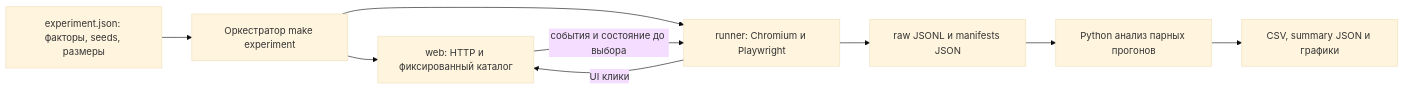
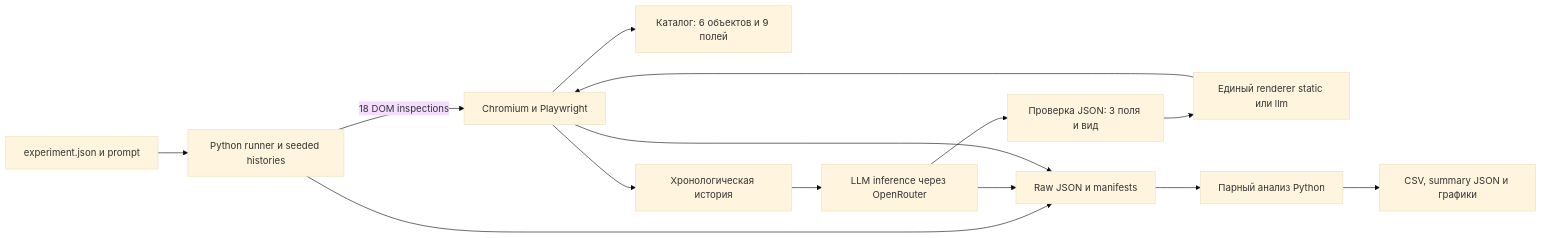
Before and after one commit to Gentofluck/adaptive-ui-design: the diagram in REPORT.md, drawn with Mermaid (base theme). The commit also changed other lines of this file and 4 other files, not shown here.

````diff
--- a/REPORT.md
+++ b/REPORT.md
@@ -178,11 +38,16 @@
 ```mermaid
 flowchart LR
-    C[experiment.json: факторы, seeds, размеры] --> O[Оркестратор make experiment]
-    O --> W[web: HTTP и фиксированный каталог]
-    O --> R[runner: Chromium и Playwright]
-    R -->|UI клики| W
-    W -->|события и состояние до выбора| R
-    R --> T[raw JSONL и manifests JSON]
-    T --> A[Python анализ парных прогонов]
-    A --> P[CSV, summary JSON и графики]
+    C[experiment.json и prompt] --> R[Python runner и seeded histories]
+    R -->|18 DOM inspections| B[Chromium и Playwright]
+    B --> W[Каталог: 6 объектов и 9 полей]
+    B --> H[Хронологическая история]
+    H --> L[LLM inference через OpenRouter]
+    L --> V[Проверка JSON: 3 поля и вид]
+    V --> S[Единый renderer static или llm]
+    S --> B
+    R --> D[Raw JSON и manifests]
+    L --> D
+    B --> D
+    D --> A[Парный анализ Python]
+    A --> O[CSV, summary JSON и графики]
 ```
````
